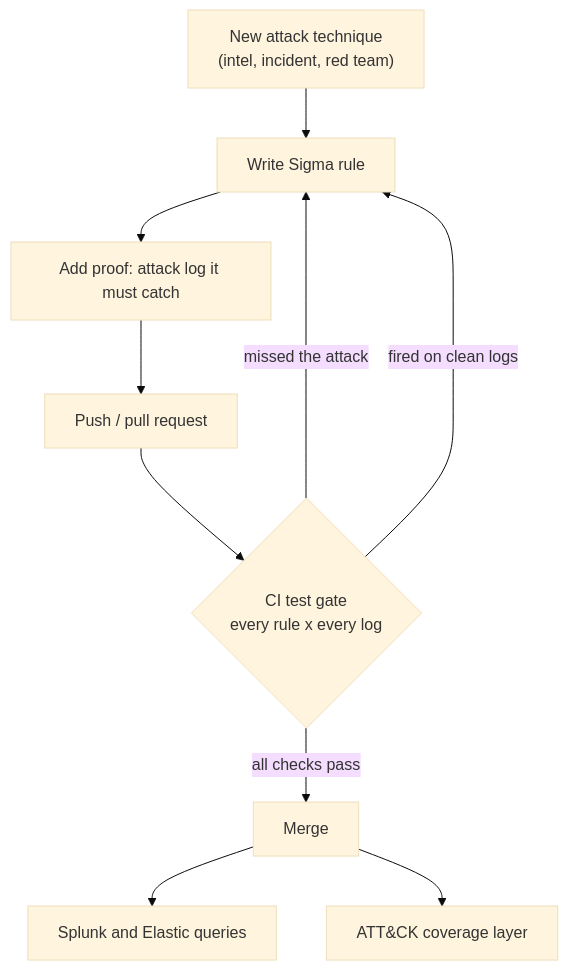
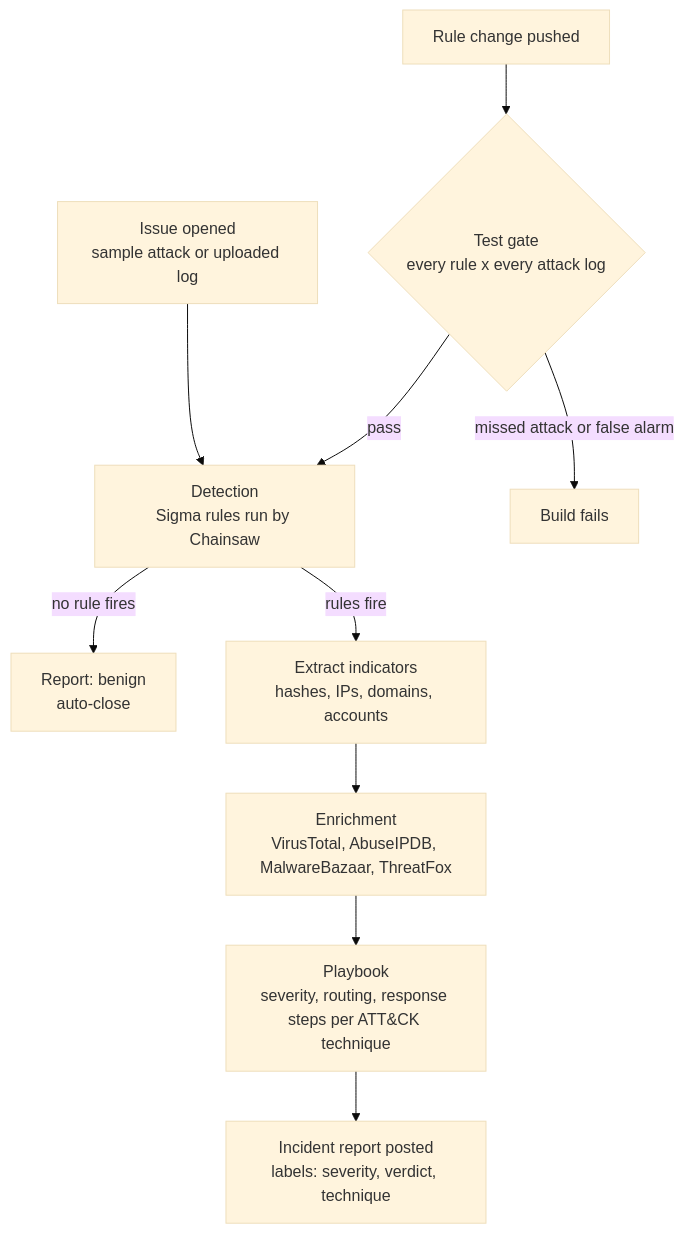
Before and after one commit to w3bcooki3/detection-as-code: the diagram in README.md, drawn with Mermaid (base theme). The commit also changed other lines of this file, not shown here.

````diff
--- a/README.md
+++ b/README.md
@@ -13,12 +17,12 @@
 ```mermaid
 flowchart TD
-  A["New attack technique<br/>(intel, incident, red team)"] --> B["Write Sigma rule"]
-  B --> C["Add proof: attack log it must catch"]
-  C --> D["Push / pull request"]
-  D --> F{"CI test gate<br/>every rule x every log"}
-  F -- "missed the attack" --> B
-  F -- "fired on clean logs" --> B
-  F -- "all checks pass" --> G["Merge"]
-  G --> H["Splunk and Elastic queries"]
-  G --> I["ATT&CK coverage layer"]
+  A["Issue opened<br/>sample attack or uploaded log"] --> B["Detection<br/>Sigma rules run by Chainsaw"]
+  B -- "no rule fires" --> Z["Report: benign<br/>auto-close"]
+  B -- "rules fire" --> C["Extract indicators<br/>hashes, IPs, domains, accounts"]
+  C --> D["Enrichment<br/>VirusTotal, AbuseIPDB, MalwareBazaar, ThreatFox"]
+  D --> E["Playbook<br/>severity, routing, response steps per ATT&CK technique"]
+  E --> F["Incident report posted<br/>labels: severity, verdict, technique"]
+  R["Rule change pushed"] --> T{"Test gate<br/>every rule x every attack log"}
+  T -- "missed attack or false alarm" --> X["Build fails"]
+  T -- "pass" --> B
 ```
````
